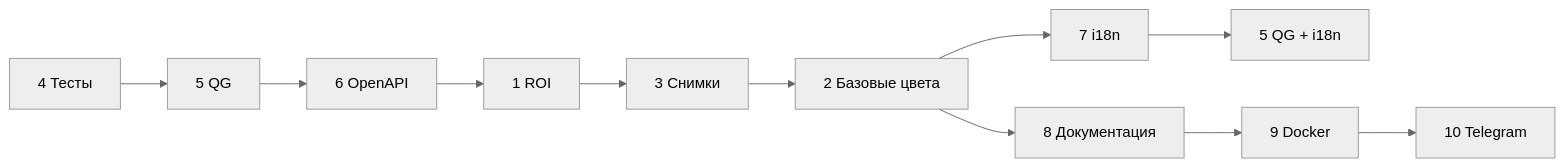
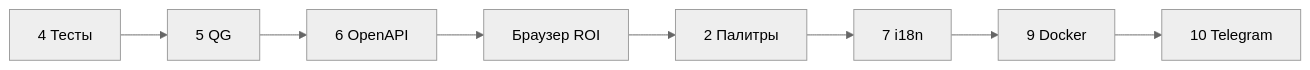
The diagram in ROADMAP.md (aleksei-ka/color-mixing-assistant), drawn with Mermaid (neutral theme) before and after one commit. The commit also changed other lines of this file and 23 other files, not shown here.

````diff
--- a/ROADMAP.md
+++ b/ROADMAP.md
@@ -18,13 +18,10 @@
 ```mermaid
 flowchart LR
   A[4 Тесты] --> B[5 QG]
   B --> C[6 OpenAPI]
-  C --> D[1 ROI]
-  D --> E[3 Снимки]
-  E --> F[2 Базовые цвета]
-  F --> G[7 i18n]
-  G --> H[5 QG + i18n]
-  F --> I[8 Документация]
-  I --> J[9 Docker]
-  J --> K[10 Telegram]
+  C --> D[Браузер ROI]
+  D --> E[2 Палитры]
+  E --> F[7 i18n]
+  F --> G[9 Docker]
+  G --> H[10 Telegram]
 ```
````
